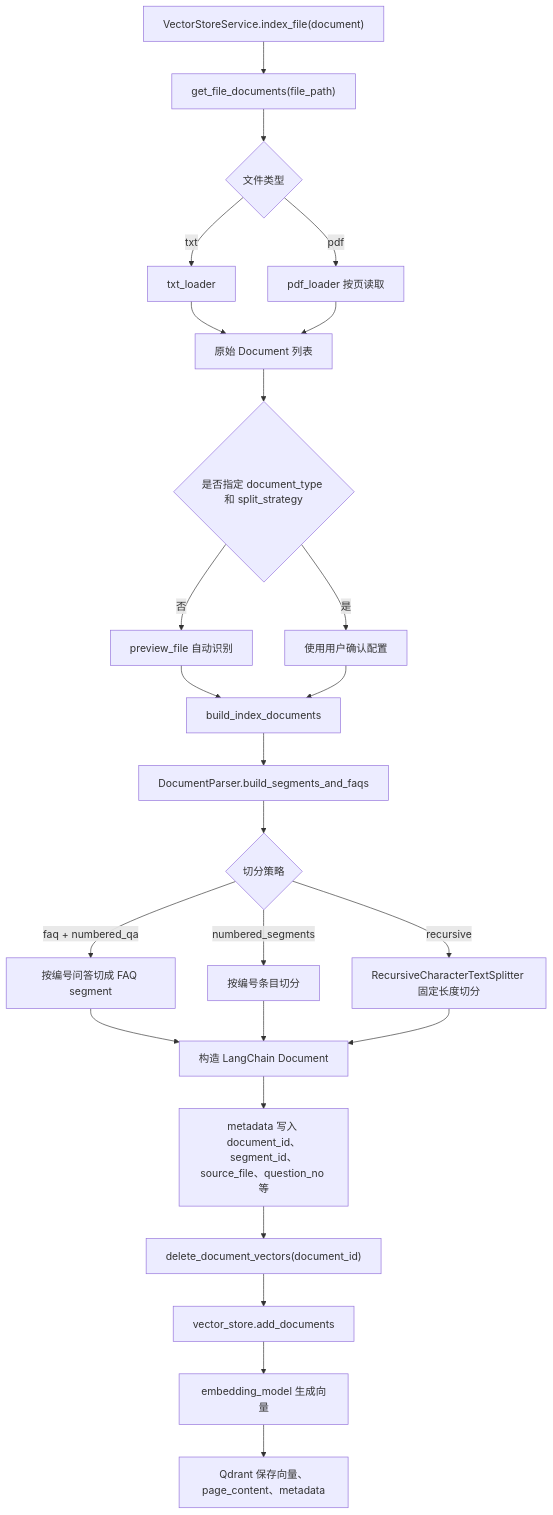
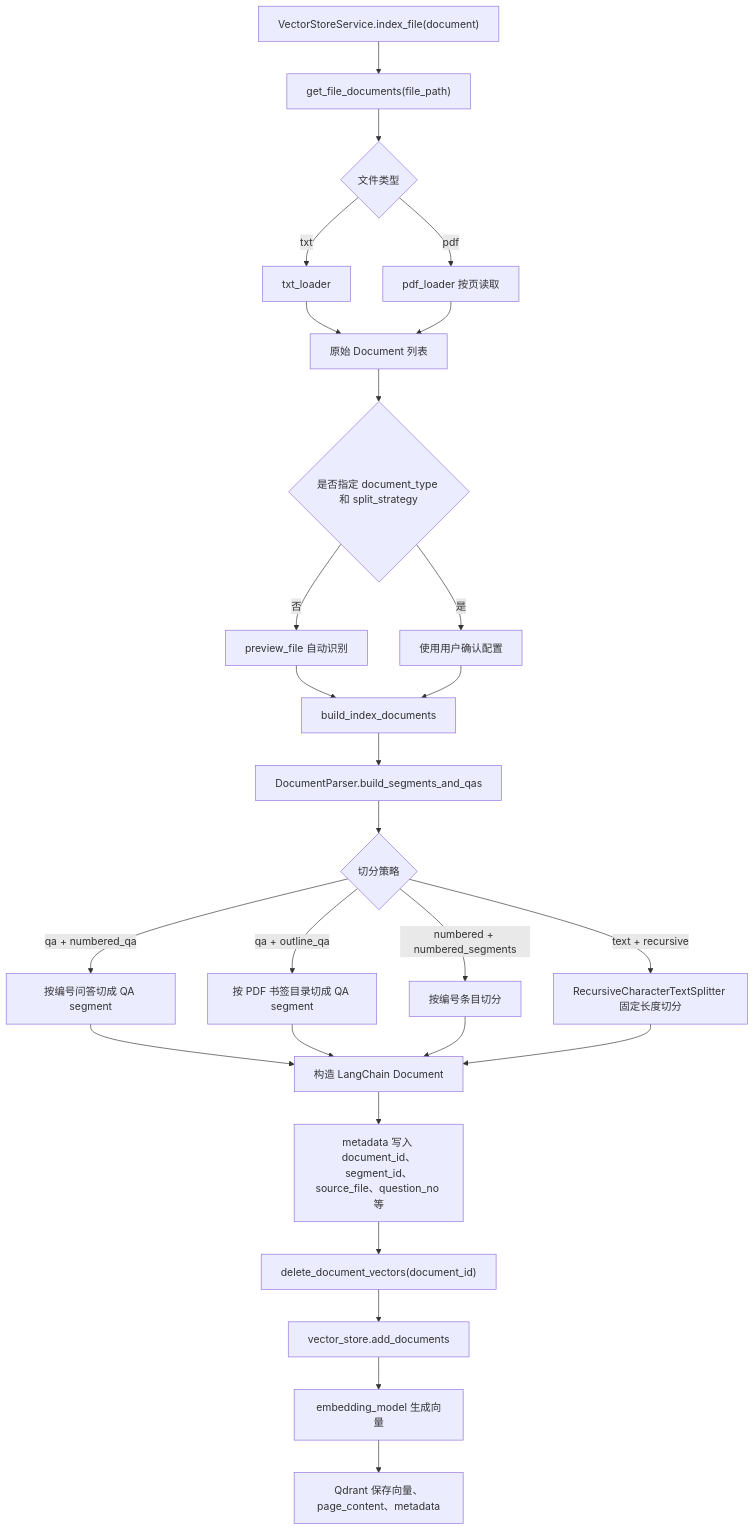
The second of 3 diagrams in docs/上传文件的流程.md (chen-liang-22/AI_RAG_Agent_Project), drawn with Mermaid before and after one commit. The commit also changed other lines of this file and 17 other files, not shown here.

````diff
--- a/docs/上传文件的流程.md
+++ b/docs/上传文件的流程.md
@@ -107,27 +107,29 @@
 ```mermaid
 flowchart TD
     A["VectorStoreService.index_file(document)"] --> B["get_file_documents(file_path)"]
     B --> C{"文件类型"}
     C -- "txt" --> D["txt_loader"]
     C -- "pdf" --> E["pdf_loader 按页读取"]
     D --> F["原始 Document 列表"]
     E --> F
     F --> G{"是否指定 document_type 和 split_strategy"}
     G -- "否" --> H["preview_file 自动识别"]
     G -- "是" --> I["使用用户确认配置"]
     H --> J["build_index_documents"]
     I --> J
-    J --> K["DocumentParser.build_segments_and_faqs"]
+    J --> K["DocumentParser.build_segments_and_qas"]
     K --> L{"切分策略"}
-    L -- "faq + numbered_qa" --> M["按编号问答切成 FAQ segment"]
-    L -- "numbered_segments" --> N["按编号条目切分"]
-    L -- "recursive" --> O["RecursiveCharacterTextSplitter 固定长度切分"]
+    L -- "qa + numbered_qa" --> M["按编号问答切成 QA segment"]
+    L -- "qa + outline_qa" --> M2["按 PDF 书签目录切成 QA segment"]
+    L -- "numbered + numbered_segments" --> N["按编号条目切分"]
+    L -- "text + recursive" --> O["RecursiveCharacterTextSplitter 固定长度切分"]
     M --> P["构造 LangChain Document"]
+    M2 --> P
     N --> P
     O --> P
     P --> Q["metadata 写入 document_id、segment_id、source_file、question_no 等"]
     Q --> R["delete_document_vectors(document_id)"]
     R --> S["vector_store.add_documents"]
     S --> T["embedding_model 生成向量"]
     T --> U["Qdrant 保存向量、page_content、metadata"]
 ```
````
